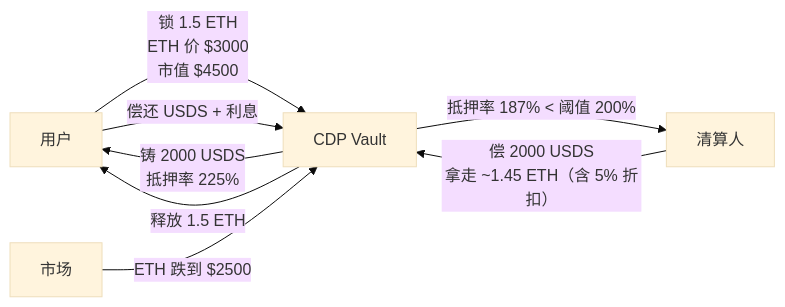
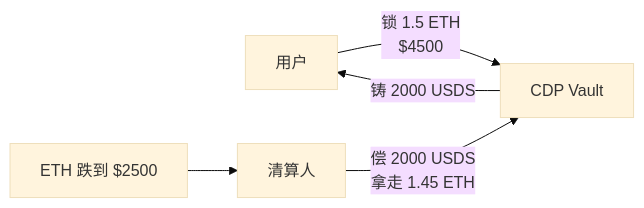
One commit to ChuwuYo/misc-files changed the second of 20 diagrams in web3-engineer-guide/06-DeFi协议工程/README.md. Above: the diagram before and after it, drawn with Mermaid (base theme). The commit also changed other lines of this file and 211 other files, not shown here.

````diff
--- a/web3-engineer-guide/06-DeFi协议工程/README.md
+++ b/web3-engineer-guide/06-DeFi协议工程/README.md
@@ -281,11 +128,7 @@
 ```mermaid
 flowchart LR
-    U[用户] -->|锁 1.5 ETH<br/>ETH 价 $3000<br/>市值 $4500| V[CDP Vault]
-    V -->|铸 2000 USDS<br/>抵押率 225%| U
-    U -->|偿还 USDS + 利息| V
-    V -->|释放 1.5 ETH| U
-
-    M[市场] -->|ETH 跌到 $2500| V
-    V -->|抵押率 187% < 阈值 200%| Liq[清算人]
-    Liq -->|偿 2000 USDS<br/>拿走 ~1.45 ETH（含 5% 折扣）| V
+    U[用户] -->|锁 1.5 ETH<br/>$4500| V[CDP Vault]
+    V -->|铸 2000 USDS| U
+    M[ETH 跌到 $2500] --> Liq[清算人]
+    Liq -->|偿 2000 USDS<br/>拿走 1.45 ETH| V
 ```
````
